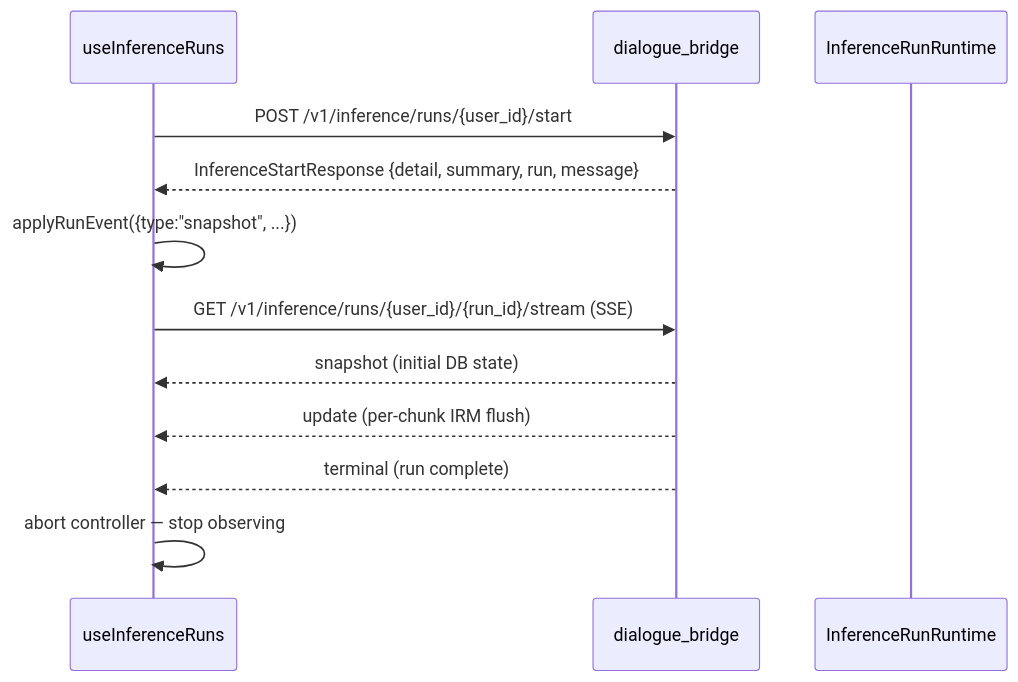
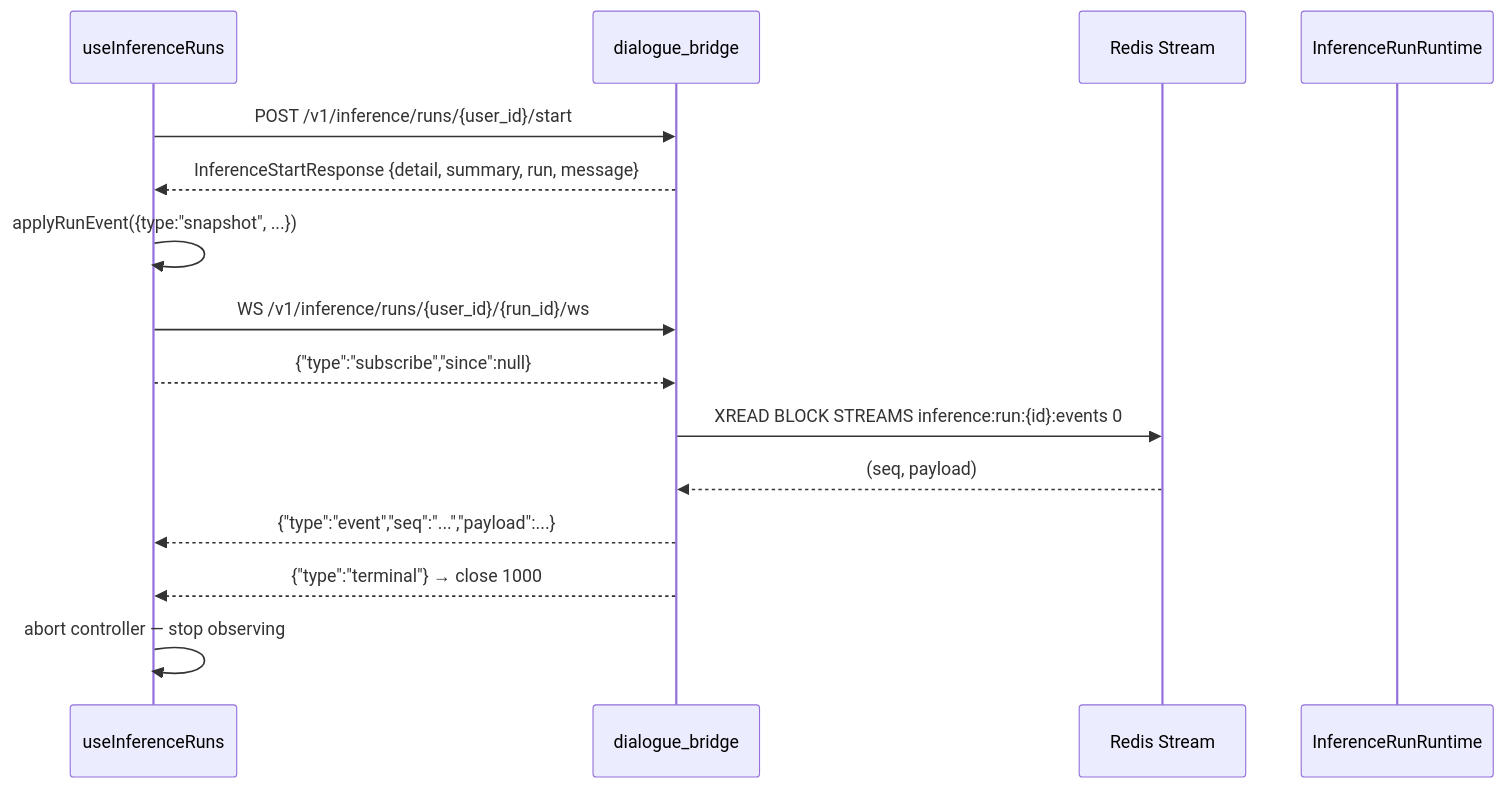
Before and after one commit to konstantinosmpouros/mAgenticX: the eighth of 8 diagrams in docs/development/agui-protocol.md, drawn with Mermaid. The commit also changed other lines of this file and 26 other files, not shown here.

Commit message:
Migrate inference streaming to WebSocket + Redis

````diff
--- a/docs/development/agui-protocol.md
+++ b/docs/development/agui-protocol.md
@@ -400,15 +404,18 @@
 ```mermaid
 sequenceDiagram
     participant UI as useInferenceRuns
     participant Bridge as dialogue_bridge
+    participant Redis as Redis Stream
     participant IRM as InferenceRunRuntime
 
     UI->>Bridge: POST /v1/inference/runs/{user_id}/start
     Bridge-->>UI: InferenceStartResponse {detail, summary, run, message}
     UI->>UI: applyRunEvent({type:"snapshot", ...})
-    UI->>Bridge: GET /v1/inference/runs/{user_id}/{run_id}/stream (SSE)
-    Bridge-->>UI: snapshot (initial DB state)
-    Bridge-->>UI: update (per-chunk IRM flush)
-    Bridge-->>UI: terminal (run complete)
+    UI->>Bridge: WS /v1/inference/runs/{user_id}/{run_id}/ws
+    UI-->>Bridge: {"type":"subscribe","since":null}
+    Bridge->>Redis: XREAD BLOCK STREAMS inference:run:{id}:events 0
+    Redis-->>Bridge: (seq, payload)
+    Bridge-->>UI: {"type":"event","seq":"...","payload":...}
+    Bridge-->>UI: {"type":"terminal"} → close 1000
     UI->>UI: abort controller — stop observing
 ```
````
